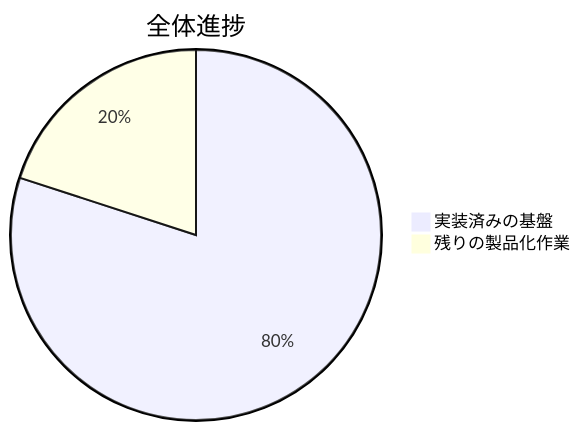
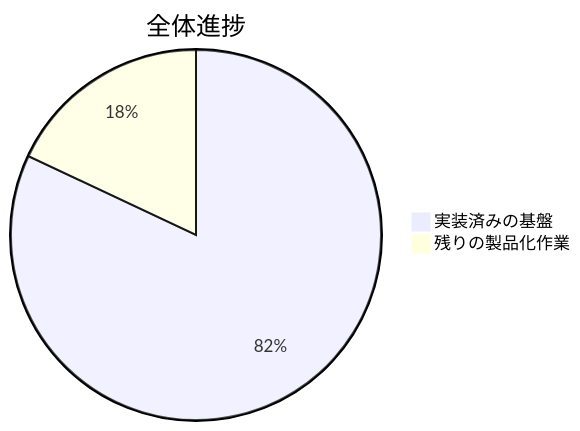
One commit to lingmulongtai/GlyphRay changed the first of 5 diagrams in README.ja.md. Above: the diagram before and after it, drawn with Mermaid. The commit also changed other lines of this file and 20 other files, not shown here.

````diff
--- a/README.ja.md
+++ b/README.ja.md
@@ -15,5 +15,5 @@
 ```mermaid
 pie title 全体進捗
-  "実装済みの基盤" : 80
-  "残りの製品化作業" : 20
+  "実装済みの基盤" : 82
+  "残りの製品化作業" : 18
 ```
````
